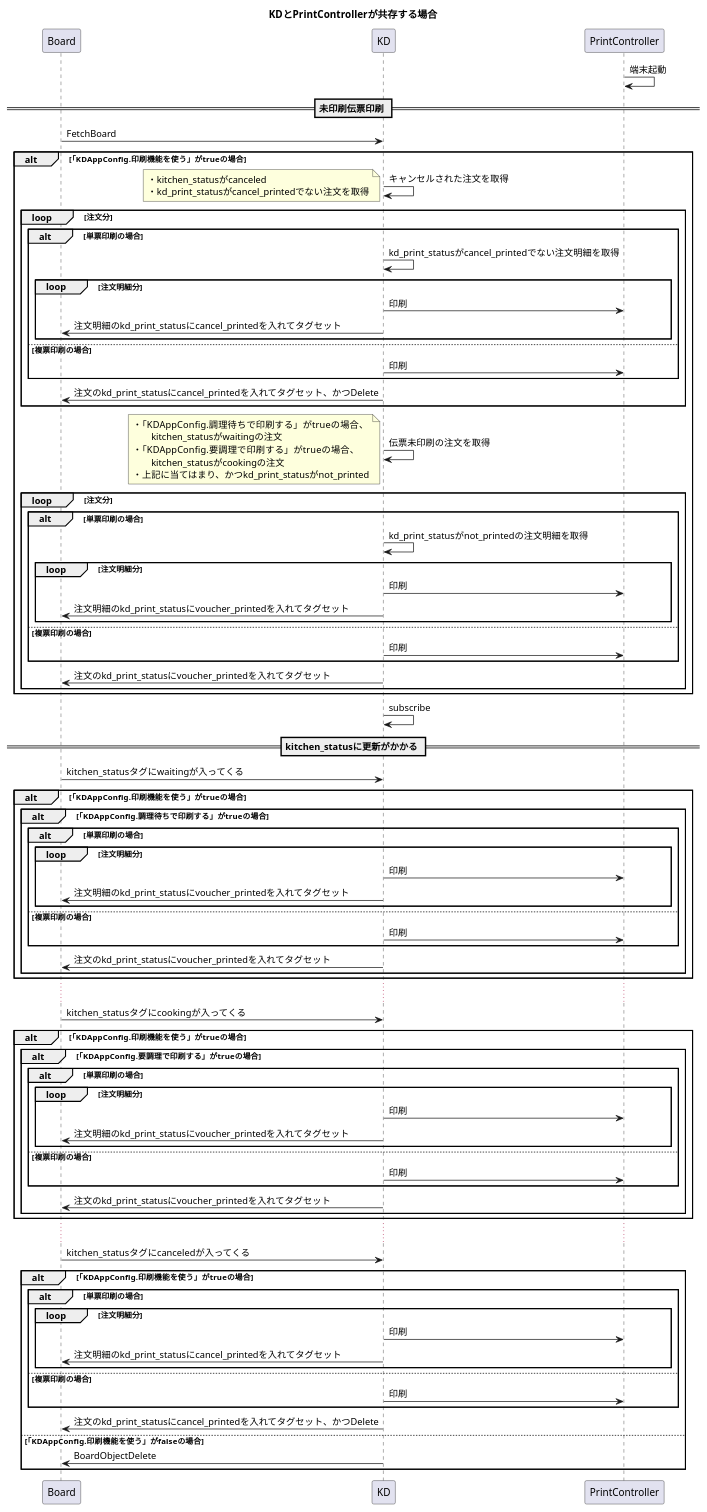
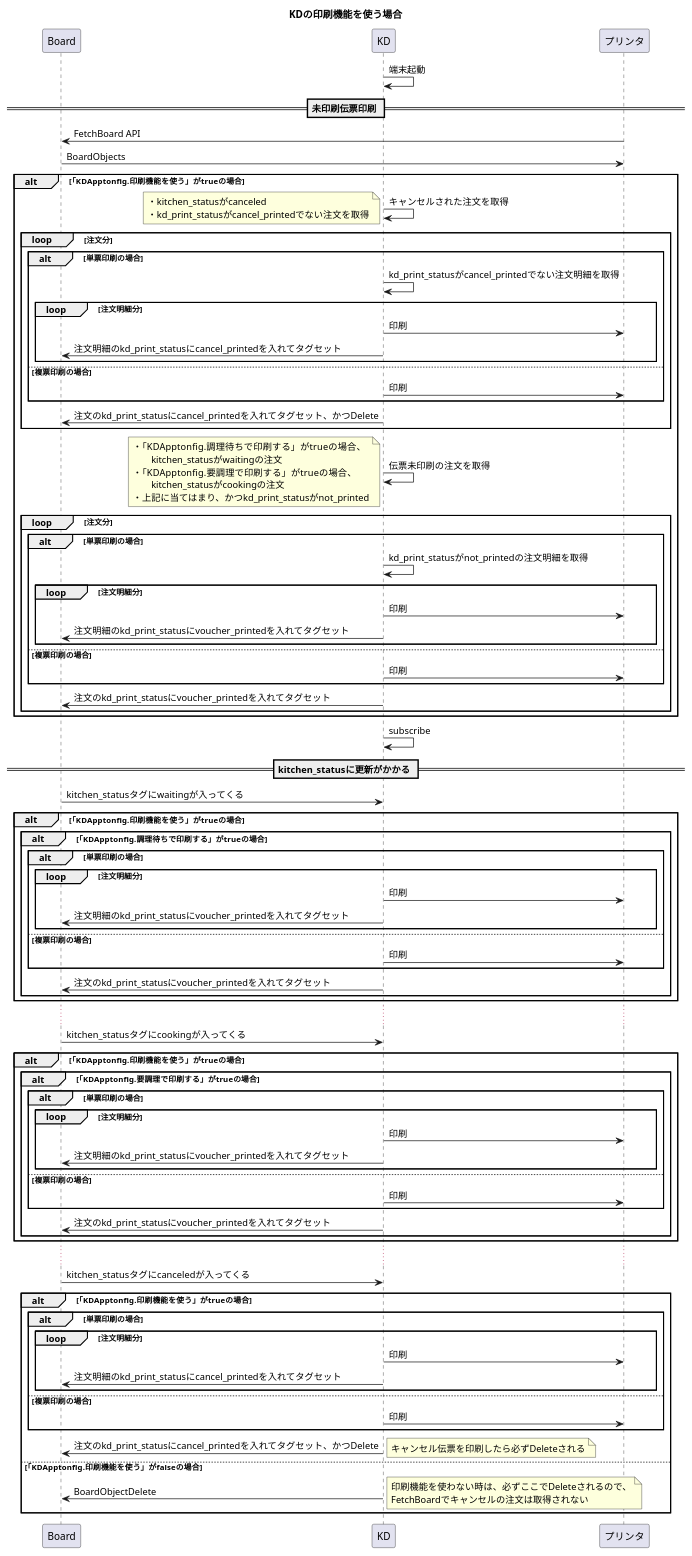
The diagram in instore/pc_with_kd.pu (kmurata08/plantuml-editor), drawn with PlantUML before and after one commit. The commit also changed 2 other files, not shown here.

Commit message:
Edit sequence

```diff
--- a/instore/pc_with_kd.pu
+++ b/instore/pc_with_kd.pu
@@ -1,102 +1,111 @@
-title KDとPrintControllerが共存する場合
+title KDの印刷機能を使う場合
 
 participant Board as b
 participant KD as k
-participant PrintController as pc
+participant プリンタ as pt
 
-pc -> pc: 端末起動
+k -> k: 端末起動
 
 == 未印刷伝票印刷 ==
-b -> k: FetchBoard
-alt 「KDAppConfig.印刷機能を使う」がtrueの場合
+pt -> b: FetchBoard API
+b -> pt: BoardObjects
+
+alt 「KDApptonfig.印刷機能を使う」がtrueの場合
     k -> k: キャンセルされた注文を取得
     note left
         ・kitchen_statusがcanceled
         ・kd_print_statusがcancel_printedでない注文を取得
     end note
     loop 注文分
         alt 単票印刷の場合
             k -> k: kd_print_statusがcancel_printedでない注文明細を取得
             loop 注文明細分
-                k -> pc: 印刷
+                k -> pt: 印刷
                 k -> b: 注文明細のkd_print_statusにcancel_printedを入れてタグセット
             end
         else 複票印刷の場合
-            k -> pc: 印刷
+            k -> pt: 印刷
         end
         k -> b: 注文のkd_print_statusにcancel_printedを入れてタグセット、かつDelete
     end
 
     k -> k: 伝票未印刷の注文を取得
     note left
-        ・「KDAppConfig.調理待ちで印刷する」がtrueの場合、
+        ・「KDApptonfig.調理待ちで印刷する」がtrueの場合、
         　　kitchen_statusがwaitingの注文
-        ・「KDAppConfig.要調理で印刷する」がtrueの場合、
+        ・「KDApptonfig.要調理で印刷する」がtrueの場合、
         　　kitchen_statusがcookingの注文
         ・上記に当てはまり、かつkd_print_statusがnot_printed
     end note
     loop 注文分
         alt 単票印刷の場合
             k -> k: kd_print_statusがnot_printedの注文明細を取得
             loop 注文明細分
-                k -> pc: 印刷
+                k -> pt: 印刷
                 k -> b: 注文明細のkd_print_statusにvoucher_printedを入れてタグセット
             end
         else 複票印刷の場合
-            k -> pc: 印刷
+            k -> pt: 印刷
         end
         k -> b: 注文のkd_print_statusにvoucher_printedを入れてタグセット
     end
 end
 
 k -> k: subscribe
 
 == kitchen_statusに更新がかかる ==
 b -> k: kitchen_statusタグにwaitingが入ってくる
-alt 「KDAppConfig.印刷機能を使う」がtrueの場合
-    alt 「KDAppConfig.調理待ちで印刷する」がtrueの場合
+alt 「KDApptonfig.印刷機能を使う」がtrueの場合
+    alt 「KDApptonfig.調理待ちで印刷する」がtrueの場合
         alt 単票印刷の場合
             loop 注文明細分
-                k -> pc: 印刷
+                k -> pt: 印刷
                 k -> b: 注文明細のkd_print_statusにvoucher_printedを入れてタグセット
             end
         else 複票印刷の場合
-            k -> pc: 印刷
+            k -> pt: 印刷
         end
         k -> b: 注文のkd_print_statusにvoucher_printedを入れてタグセット
     end
 end
 
 ...
 
 b -> k: kitchen_statusタグにcookingが入ってくる
-alt 「KDAppConfig.印刷機能を使う」がtrueの場合
-    alt 「KDAppConfig.要調理で印刷する」がtrueの場合
+alt 「KDApptonfig.印刷機能を使う」がtrueの場合
+    alt 「KDApptonfig.要調理で印刷する」がtrueの場合
         alt 単票印刷の場合
             loop 注文明細分
-                k -> pc: 印刷
+                k -> pt: 印刷
                 k -> b: 注文明細のkd_print_statusにvoucher_printedを入れてタグセット
             end
         else 複票印刷の場合
-            k -> pc: 印刷
+            k -> pt: 印刷
         end
         k -> b: 注文のkd_print_statusにvoucher_printedを入れてタグセット
     end
 end
 
 ...
 
 b -> k: kitchen_statusタグにcanceledが入ってくる
-alt 「KDAppConfig.印刷機能を使う」がtrueの場合
+alt 「KDApptonfig.印刷機能を使う」がtrueの場合
     alt 単票印刷の場合
         loop 注文明細分
-            k -> pc: 印刷
+            k -> pt: 印刷
             k -> b: 注文明細のkd_print_statusにcancel_printedを入れてタグセット
         end
     else 複票印刷の場合
-        k -> pc: 印刷
+        k -> pt: 印刷
     end
     k -> b: 注文のkd_print_statusにcancel_printedを入れてタグセット、かつDelete
-else 「KDAppConfig.印刷機能を使う」がfalseの場合
+    note right
+        キャンセル伝票を印刷したら必ずDeleteされる
+    end note
+else 「KDApptonfig.印刷機能を使う」がfalseの場合
     k -> b: BoardObjectDelete
+    note right
+        印刷機能を使わない時は、必ずここでDeleteされるので、
+        FetchBoardでキャンセルの注文は取得されない
+    end note
 end
```
